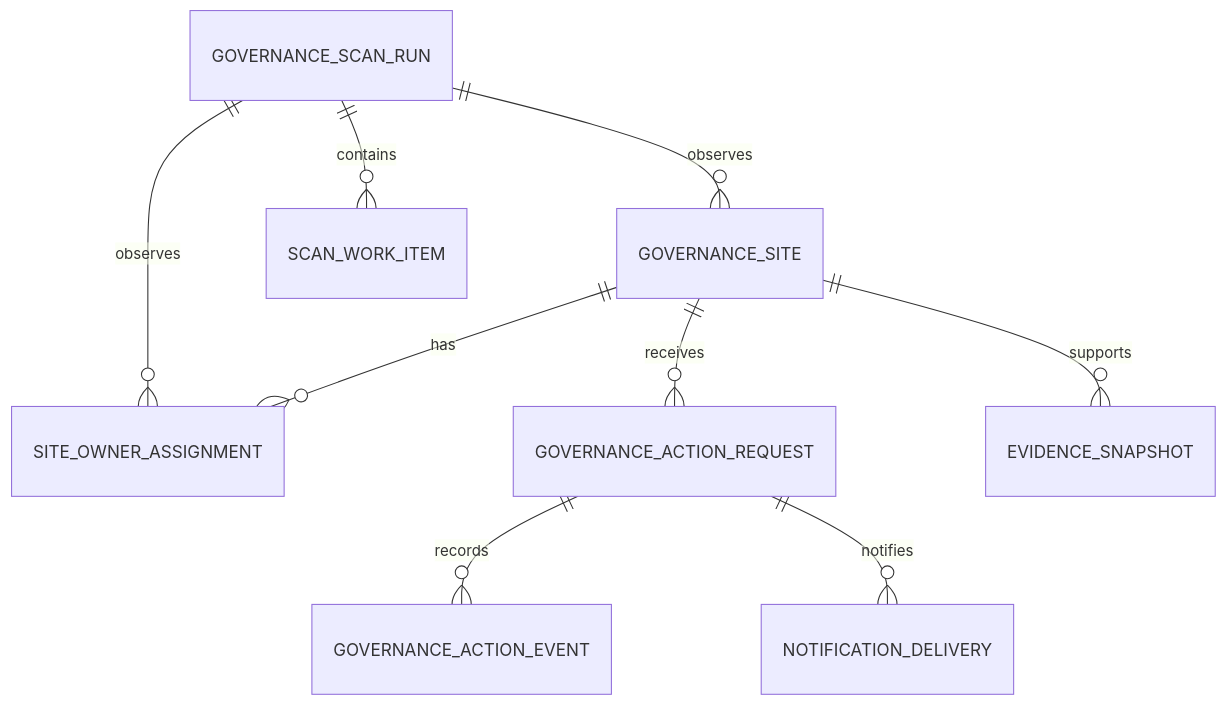
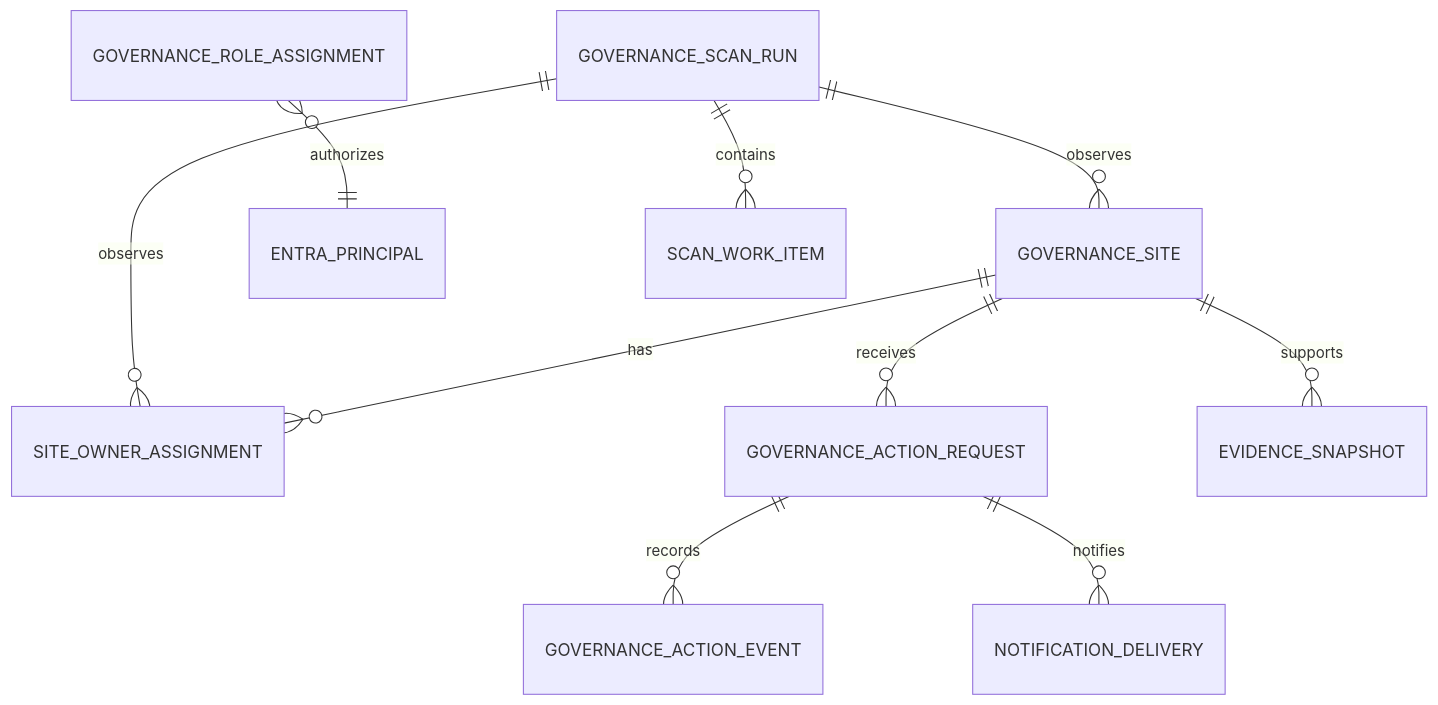
The diagram in docs/04-DataModel.md (sofiane-ben80/M365GovAIAgent), drawn with Mermaid before and after one commit. The commit also changed other lines of this file and 567 other files, not shown here.

````diff
--- a/docs/04-DataModel.md
+++ b/docs/04-DataModel.md
@@ -205,11 +273,12 @@
 ```mermaid
 erDiagram
     GOVERNANCE_SITE ||--o{ SITE_OWNER_ASSIGNMENT : has
+    GOVERNANCE_ROLE_ASSIGNMENT }o--|| ENTRA_PRINCIPAL : authorizes
     GOVERNANCE_SITE ||--o{ GOVERNANCE_ACTION_REQUEST : receives
     GOVERNANCE_ACTION_REQUEST ||--o{ GOVERNANCE_ACTION_EVENT : records
     GOVERNANCE_SITE ||--o{ EVIDENCE_SNAPSHOT : supports
     GOVERNANCE_SCAN_RUN ||--o{ SCAN_WORK_ITEM : contains
     GOVERNANCE_SCAN_RUN ||--o{ GOVERNANCE_SITE : observes
     GOVERNANCE_SCAN_RUN ||--o{ SITE_OWNER_ASSIGNMENT : observes
     GOVERNANCE_ACTION_REQUEST ||--o{ NOTIFICATION_DELIVERY : notifies
 ```
````
